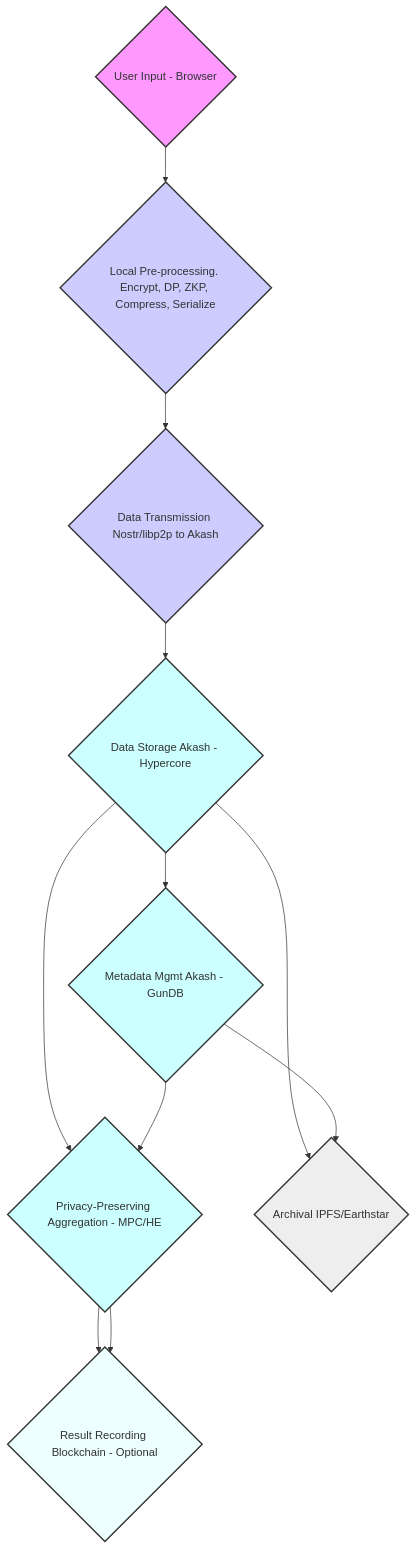
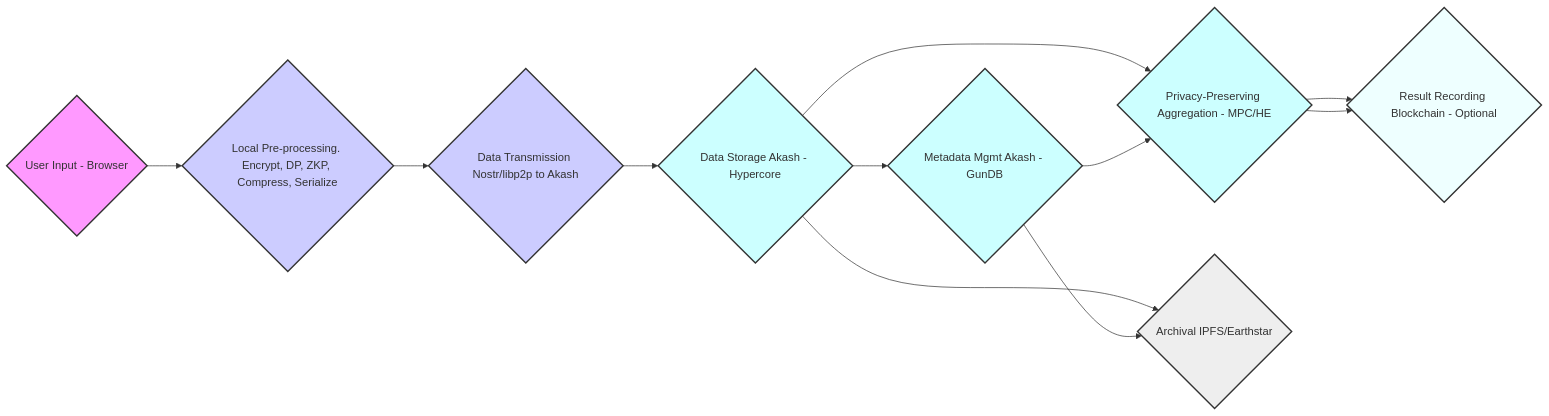
Before and after one commit to Anarcho-app/CCC: the second of 9 diagrams in code-review-summary.md, drawn with Mermaid.

````diff
--- a/code-review-summary.md
+++ b/code-review-summary.md
@@ -73,19 +73,19 @@
 ```mermaid
-graph TD;
+graph LR;
     A{User Input - Browser} --> B{Local Pre-processing. Encrypt, DP, ZKP, Compress, Serialize}
     B --> C{Data Transmission Nostr/libp2p to Akash}
     C --> D{Data Storage Akash - Hypercore}
     D --> E{Metadata Mgmt Akash - GunDB}
     D & E --> F{Privacy-Preserving Aggregation - MPC/HE}
     F --> G{Result Recording Blockchain - Optional}
     D & E --> H{Archival IPFS/Earthstar}
     F --> G
     style A fill:#f9f,stroke:#333,stroke-width:2px
     style B fill:#ccf,stroke:#333,stroke-width:2px
     style C fill:#ccf,stroke:#333,stroke-width:2px
     style D fill:#cff,stroke:#333,stroke-width:2px
     style E fill:#cff,stroke:#333,stroke-width:2px
     style F fill:#cff,stroke:#333,stroke-width:2px
     style G fill:#eff,stroke:#333,stroke-width:2px
     style H fill:#eee,stroke:#333,stroke-width:2px
 ```
````
